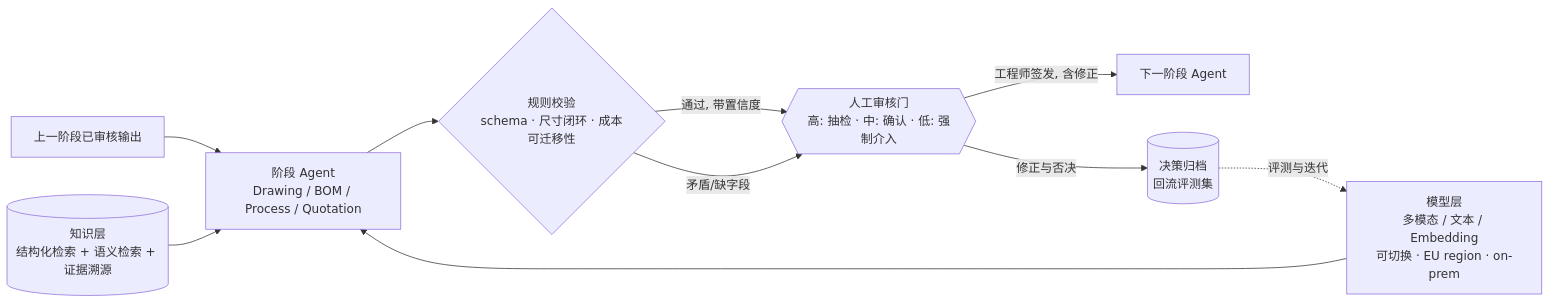
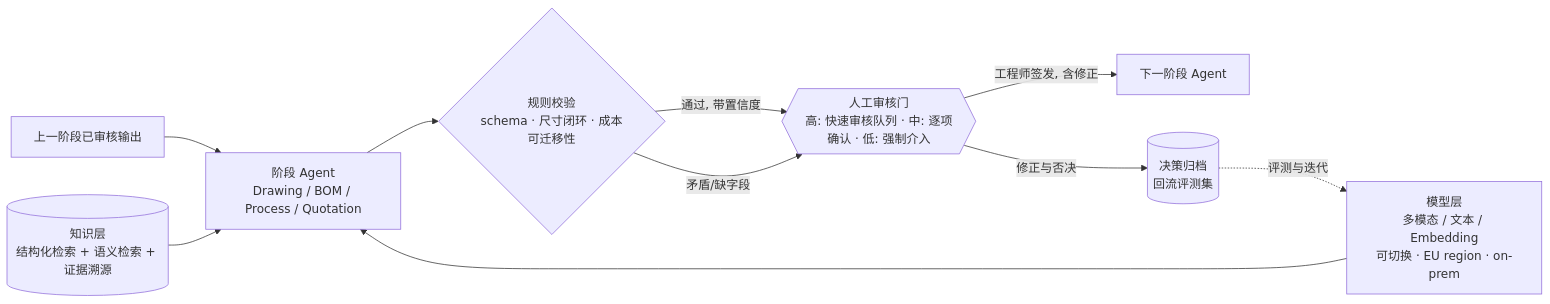
One commit to Ethan-YS/quotemind changed the first of 2 diagrams in docs/solution-design.md. Above: the diagram before and after it, drawn with Mermaid. The commit also changed other lines of this file and 1 other file, not shown here.

````diff
--- a/docs/solution-design.md
+++ b/docs/solution-design.md
@@ -96,12 +110,12 @@
 ```mermaid
 flowchart LR
     IN[上一阶段已审核输出] --> AG[阶段 Agent<br/>Drawing / BOM / Process / Quotation]
     KB[(知识层<br/>结构化检索 + 语义检索 + 证据溯源)] --> AG
     MD[模型层<br/>多模态 / 文本 / Embedding<br/>可切换 · EU region · on-prem] --> AG
     AG --> RC{规则校验<br/>schema · 尺寸闭环 · 成本可迁移性}
-    RC -->|通过, 带置信度| GATE{{人工审核门<br/>高: 抽检 · 中: 确认 · 低: 强制介入}}
+    RC -->|通过, 带置信度| GATE{{人工审核门<br/>高: 快速审核队列 · 中: 逐项确认 · 低: 强制介入}}
     RC -->|矛盾/缺字段| GATE
     GATE -->|工程师签发, 含修正| NEXT[下一阶段 Agent]
     GATE -->|修正与否决| LOG[(决策归档<br/>回流评测集)]
     LOG -.评测与迭代.-> MD
 ```
````
